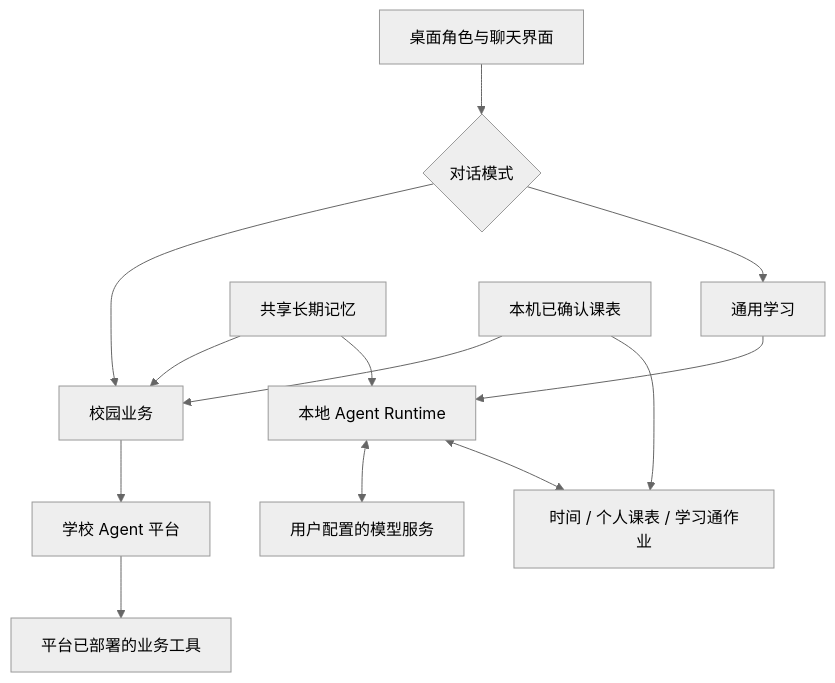
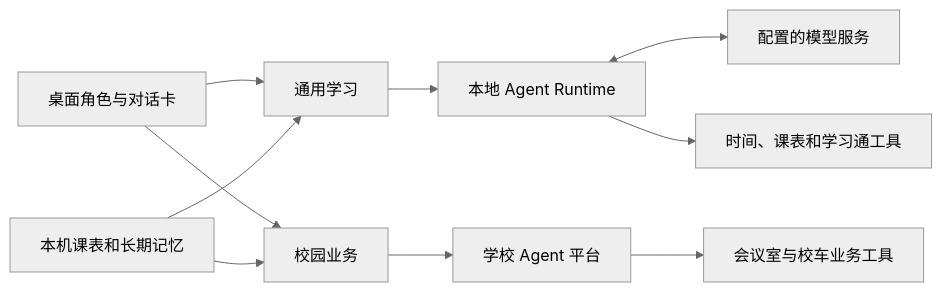
The diagram in README.md (Limaoyu-007/zhixiaoli-campus-companion), drawn with Mermaid (neutral theme) before and after one commit. The commit also changed other lines of this file and 31 other files, not shown here.

````diff
--- a/README.md
+++ b/README.md
@@ -107,15 +46,12 @@
 ```mermaid
-flowchart TD
-    UI[桌面角色与聊天界面] --> Mode{对话模式}
-    Mode --> Campus[校园业务]
-    Campus --> Platform[学校 Agent 平台]
-    Platform --> Business[平台已部署的业务工具]
-    Mode --> Study[通用学习]
-    Study --> Runtime[本地 Agent Runtime]
-    Runtime <--> Model[用户配置的模型服务]
-    Runtime <--> Tools[时间 / 个人课表 / 学习通作业]
-    Memory[共享长期记忆] --> Campus
-    Memory --> Runtime
-    Timetable[本机已确认课表] --> Campus
-    Timetable --> Tools
+flowchart LR
+    A[桌面角色与对话卡] --> B[通用学习]
+    A --> C[校园业务]
+    B --> D[本地 Agent Runtime]
+    D <--> E[配置的模型服务]
+    D --> F[时间、课表和学习通工具]
+    C --> G[学校 Agent 平台]
+    G --> H[会议室与校车业务工具]
+    I[本机课表和长期记忆] --> B
+    I --> C
 ```
````
